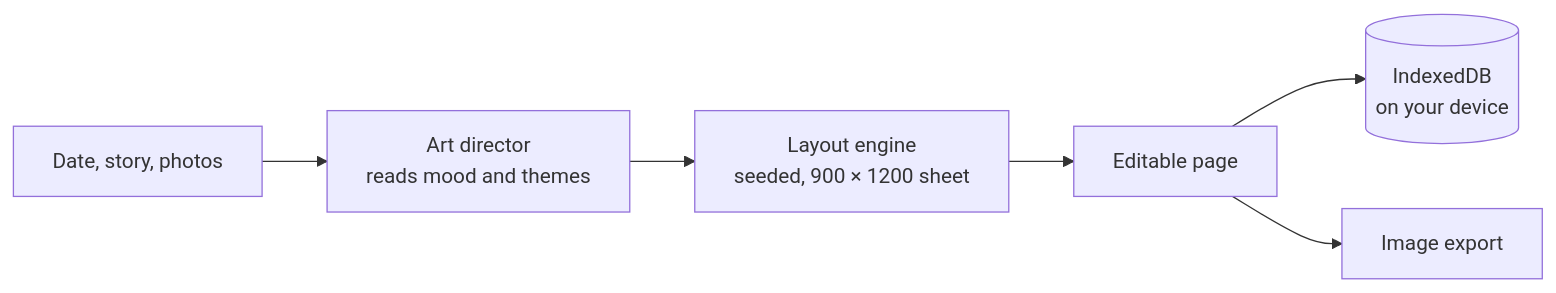
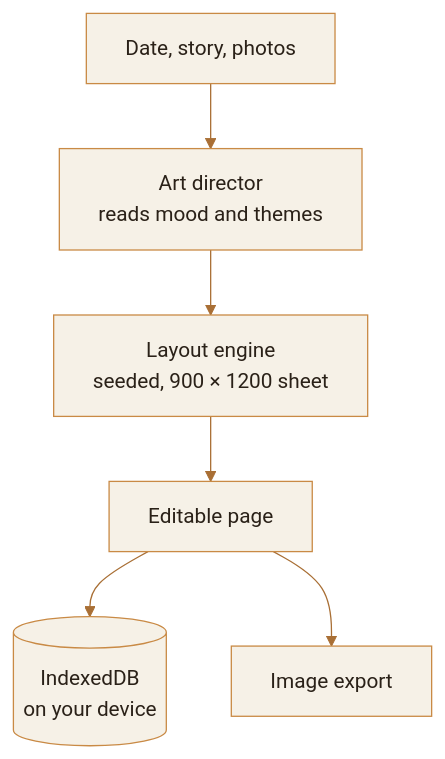
One commit to raksha-s/scrap-desk changed the diagram in README.md. Above: the diagram before and after it, drawn with Mermaid. The commit also changed other lines of this file, not shown here.

Commit message:
docs: tidy the README diagram and feature table

````diff
--- a/README.md
+++ b/README.md
@@ -91,8 +91,9 @@
 ```mermaid
-flowchart LR
+%%{init: {"theme": "base", "themeVariables": {"primaryColor": "#f6f1e7", "primaryBorderColor": "#c98a45", "primaryTextColor": "#2a2118", "lineColor": "#a96f35"}}}%%
+flowchart TD
   A[Date, story, photos] --> B[Art director<br/>reads mood and themes]
   B --> C[Layout engine<br/>seeded, 900 × 1200 sheet]
   C --> D[Editable page]
   D --> E[(IndexedDB<br/>on your device)]
   D --> F[Image export]
 ```
````
